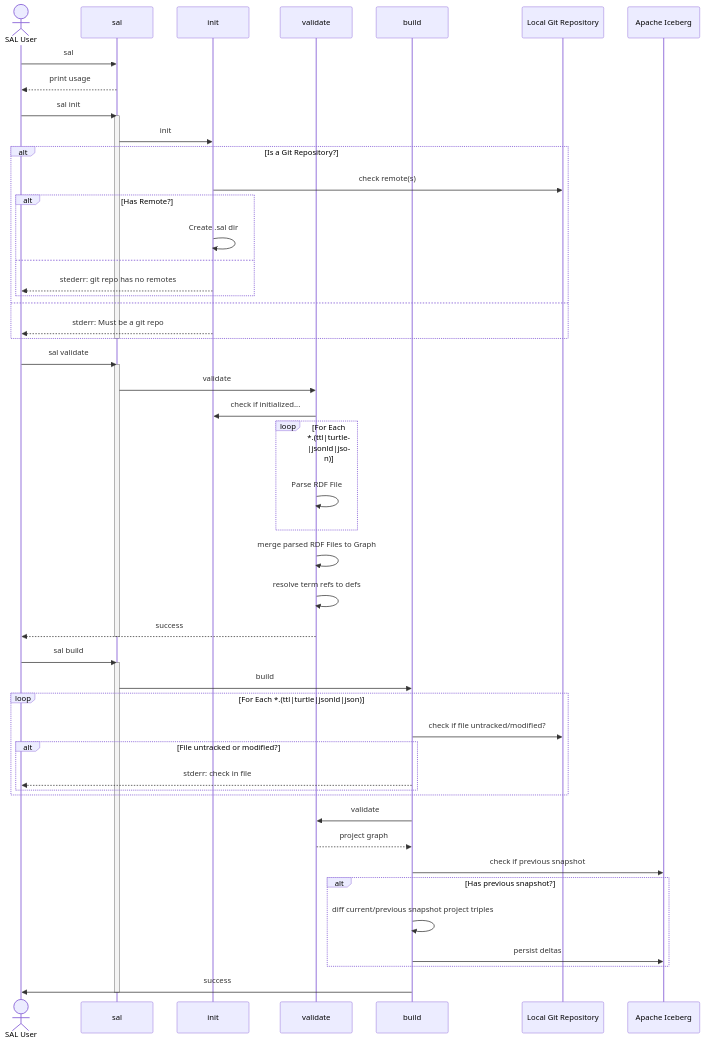
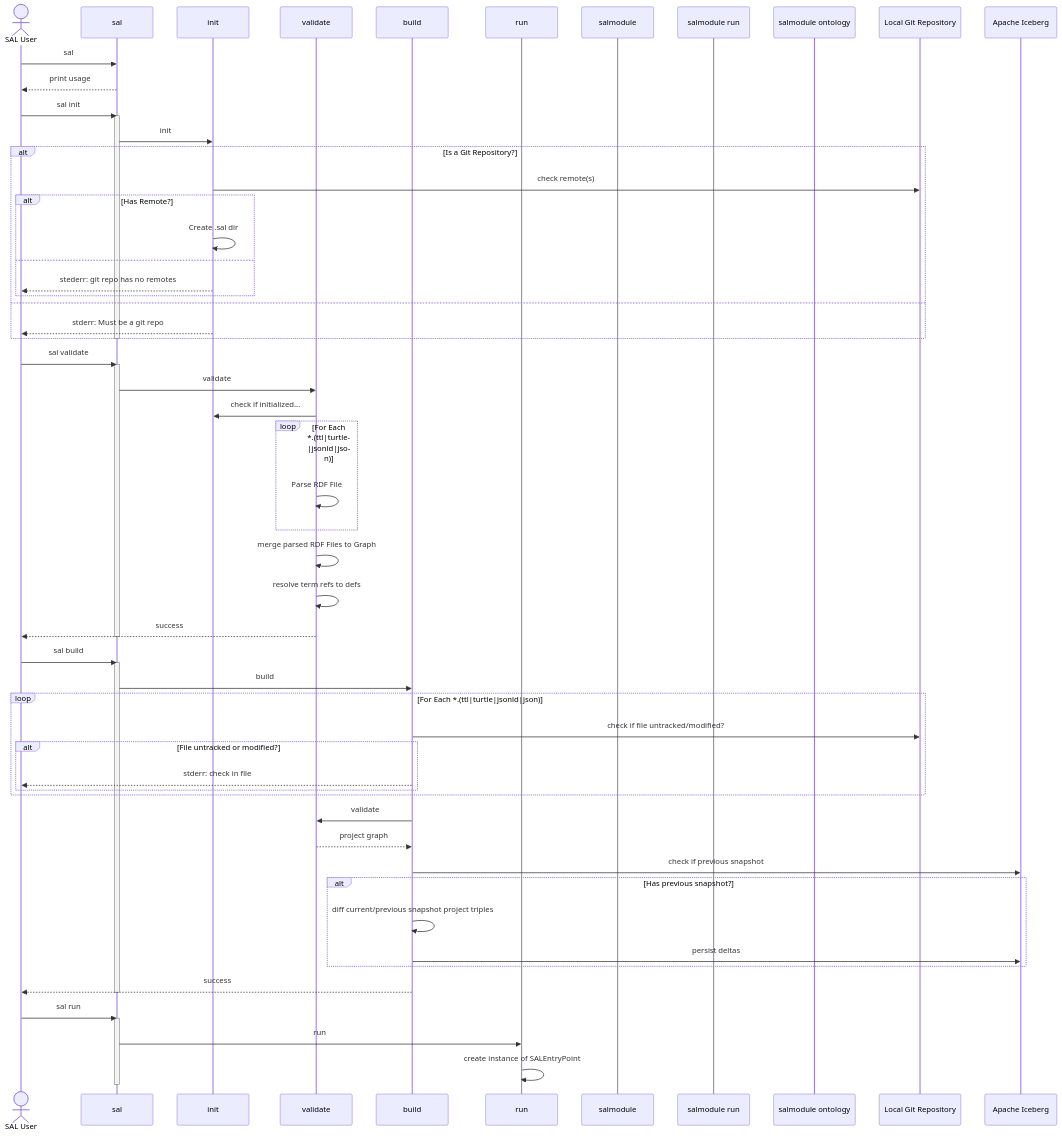
Before and after one commit to adplincinst/mermaid-diagrams: the diagram in sal-cmd-activitydiagram/README.md, drawn with Mermaid.

Commit message:
another commit

````diff
--- a/sal-cmd-activitydiagram/README.md
+++ b/sal-cmd-activitydiagram/README.md
@@ -9,63 +9,73 @@
 ```mermaid
 sequenceDiagram
 
 actor salUser as SAL User
 participant salCli as sal
 participant initSubCmd as init
 participant validateSubCmd as validate
 participant buildSubCmd as build
+participant runSubCmd as run
+participant salmoduleSubCmd as salmodule
+participant salmoduleRunSubCmd as salmodule run
+participant salmoduleOntologySubCmd as salmodule ontology
 participant localGitRepo as Local Git Repository
 participant iceberg as Apache Iceberg 
 salUser->>salCli: sal
 salCli-->>salUser: print usage 
 
 salUser->>salCli: sal init
 activate salCli
 salCli->>initSubCmd: init
 alt Is a Git Repository?
   initSubCmd->>localGitRepo: check remote(s)  
   alt Has Remote?
     
     initSubCmd->>initSubCmd: Create .sal dir   
   else
     initSubCmd-->>salUser: stederr: git repo has no remotes
   end
 else
    initSubCmd-->>salUser: stderr: Must be a git repo
 end
 deactivate salCli
 
 salUser->>salCli: sal validate
 activate salCli
 salCli->>validateSubCmd: validate
 validateSubCmd->>initSubCmd: check if initialized...
 loop For Each *.(ttl|turtle|jsonld|json)
   validateSubCmd->>validateSubCmd: Parse RDF File
 end
 validateSubCmd->>validateSubCmd: merge parsed RDF Files to Graph
 validateSubCmd->>validateSubCmd: resolve term refs to defs
 validateSubCmd-->>salUser: success
 deactivate salCli
 
 salUser->>salCli: sal build
 activate salCli
 salCli->>buildSubCmd: build
 loop For Each *.(ttl|turtle|jsonld|json)
     buildSubCmd->>localGitRepo: check if file untracked/modified? 
     alt File untracked or modified?
         buildSubCmd-->>salUser: stderr: check in file
 
     end
-
 end
 buildSubCmd->>validateSubCmd: validate
 validateSubCmd-->>buildSubCmd: project graph
 buildSubCmd->>iceberg: check if previous snapshot
 alt Has previous snapshot?
    buildSubCmd->>buildSubCmd: diff current/previous snapshot project triples
    buildSubCmd->>iceberg: persist deltas
 end
-buildSubCmd->>salUser: success
+buildSubCmd-->>salUser: success
+deactivate salCli
+
+
+salUser->>salCli: sal run
+activate salCli
+salCli->>runSubCmd: run
+runSubCmd->>runSubCmd: create instance of SALEntryPoint
 deactivate salCli
 
 ```
````
